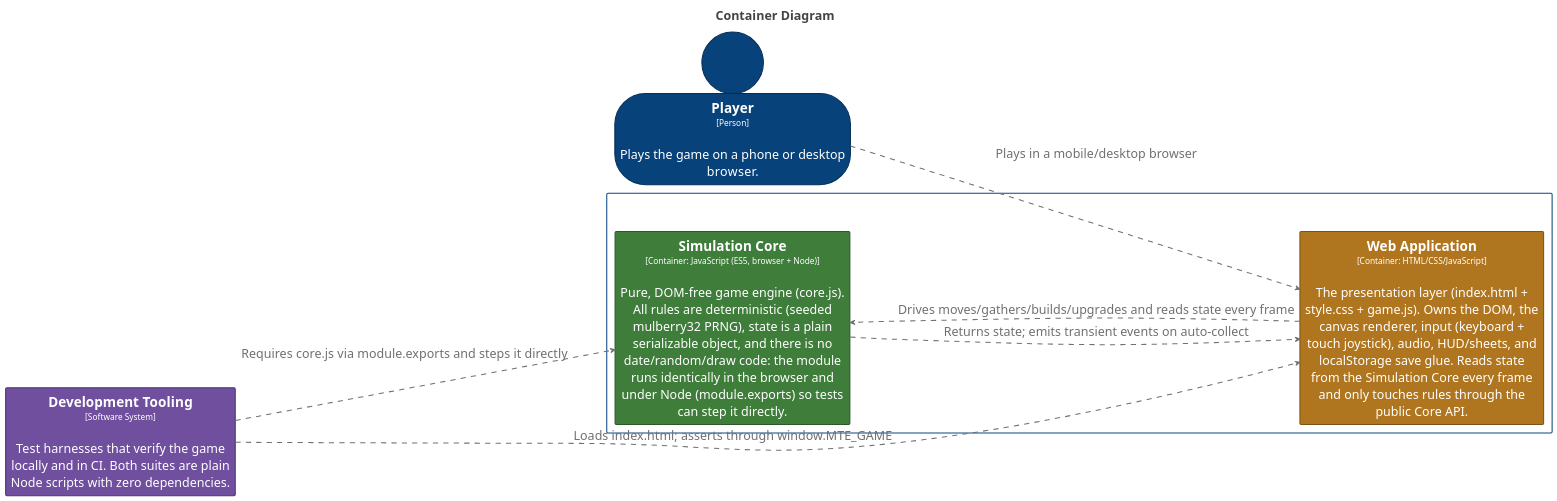
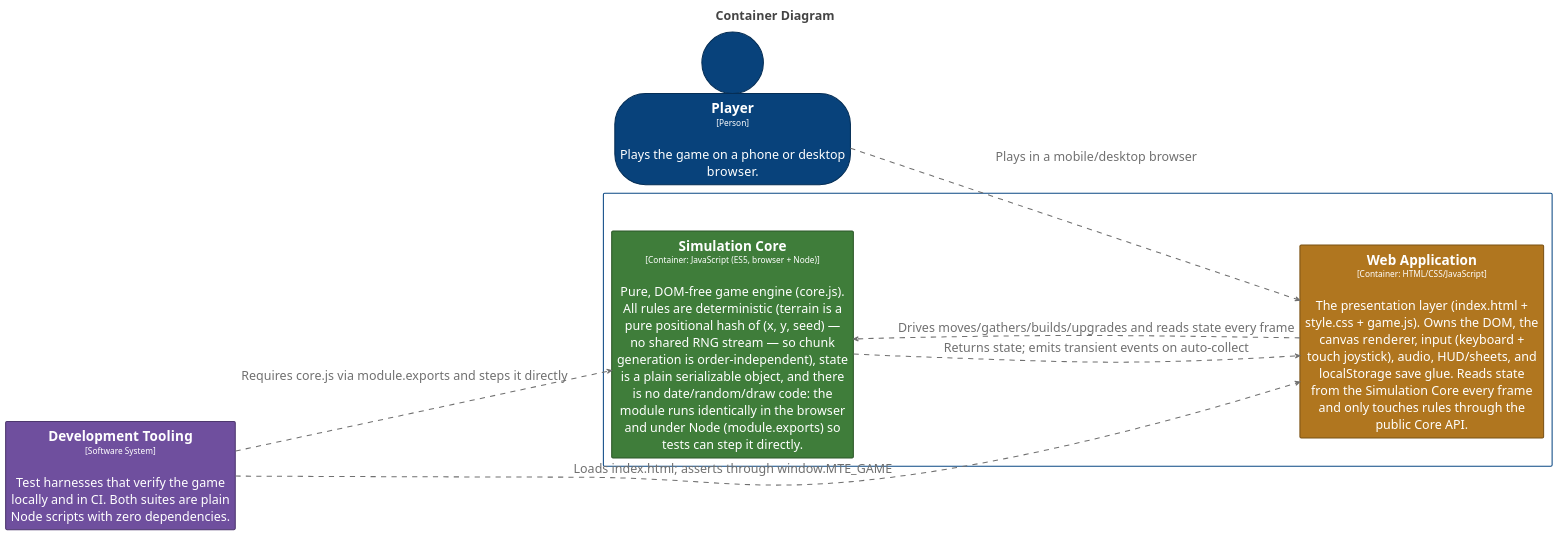
The diagram in structurizr/diagrams/Containers.puml (bitkojine/more-than-enough), drawn with PlantUML before and after one commit. The commit also changed 20 other files, not shown here.

```diff
--- a/structurizr/diagrams/Containers.puml
+++ b/structurizr/diagrams/Containers.puml
@@ -2,99 +2,99 @@
 @startuml
 title <size:24>Container Diagram</size>
 
 set separator none
 left to right direction
 skinparam ranksep 20
 skinparam nodesep 5
 hide stereotype
 
 <style>
   root {
     BackgroundColor: #ffffff;
     FontColor: #444444;
   }
   // Element,Container,Core Engine
   .Element-RWxlbWVudCxDb250YWluZXIsQ29yZSBFbmdpbmU= {
     BackgroundColor: #3f7d3a;
     LineColor: #2c5728;
     LineStyle: 0;
     LineThickness: 2;
     FontColor: #ffffff;
     FontSize: 24;
     HorizontalAlignment: center;
     Shadowing: 0;
     MaximumWidth: 450;
   }
   // Element,Container,Presentation
   .Element-RWxlbWVudCxDb250YWluZXIsUHJlc2VudGF0aW9u {
     BackgroundColor: #b0761f;
     LineColor: #7b5215;
     LineStyle: 0;
     LineThickness: 2;
     FontColor: #ffffff;
     FontSize: 24;
     HorizontalAlignment: center;
     Shadowing: 0;
     MaximumWidth: 450;
   }
   // Element,Person
   .Element-RWxlbWVudCxQZXJzb24= {
     BackgroundColor: #08427b;
     LineColor: #052e56;
     LineStyle: 0;
     LineThickness: 2;
     FontColor: #ffffff;
     FontSize: 24;
     HorizontalAlignment: center;
     Shadowing: 0;
     MaximumWidth: 450;
   }
   // Element,Software System,Tooling
   .Element-RWxlbWVudCxTb2Z0d2FyZSBTeXN0ZW0sVG9vbGluZw== {
     BackgroundColor: #6f4f9e;
     LineColor: #4d376e;
     LineStyle: 0;
     LineThickness: 2;
     FontColor: #ffffff;
     FontSize: 24;
     HorizontalAlignment: center;
     Shadowing: 0;
     MaximumWidth: 450;
   }
   // Relationship
   .Relationship-UmVsYXRpb25zaGlw {
     LineThickness: 2;
     LineStyle: 10-10;
     LineColor: #707070;
     FontColor: #707070;
     FontSize: 24;
     MaximumWidth: 200;
   }
   // MORE THAN ENOUGH
   .Boundary-TU9SRSBUSEFOIEVOT1VHSA== {
     BackgroundColor: #ffffff;
     LineColor: #0b4884;
     LineStyle: 0;
     LineThickness: 2;
     FontColor: #ffffff;
     FontSize: 24;
     HorizontalAlignment: center;
     Shadowing: 0;
   }
 </style>
 
 person "==Player\n<size:16>[Person]</size>\n\nPlays the game on a phone or desktop browser." <<Element-RWxlbWVudCxQZXJzb24=>> as Player
 rectangle "==Development Tooling\n<size:16>[Software System]</size>\n\nTest harnesses that verify the game locally and in CI. Both suites are plain Node scripts with zero dependencies." <<Element-RWxlbWVudCxTb2Z0d2FyZSBTeXN0ZW0sVG9vbGluZw==>> as DevelopmentTooling
 
 rectangle "MORE THAN ENOUGH\n<size:16>[Software System]</size>" <<Boundary-TU9SRSBUSEFOIEVOT1VHSA==>> {
-  rectangle "==Simulation Core\n<size:16>[Container: JavaScript (ES5, browser + Node)]</size>\n\nPure, DOM-free game engine (core.js). All rules are deterministic (seeded mulberry32 PRNG), state is a plain serializable object, and there is no date/random/draw code: the module runs identically in the browser and under Node (module.exports) so tests can step it directly." <<Element-RWxlbWVudCxDb250YWluZXIsQ29yZSBFbmdpbmU=>> as MORETHANENOUGH.SimulationCore
+  rectangle "==Simulation Core\n<size:16>[Container: JavaScript (ES5, browser + Node)]</size>\n\nPure, DOM-free game engine (core.js). All rules are deterministic (terrain is a pure positional hash of (x, y, seed) — no shared RNG stream — so chunk generation is order-independent), state is a plain serializable object, and there is no date/random/draw code: the module runs identically in the browser and under Node (module.exports) so tests can step it directly." <<Element-RWxlbWVudCxDb250YWluZXIsQ29yZSBFbmdpbmU=>> as MORETHANENOUGH.SimulationCore
   rectangle "==Web Application\n<size:16>[Container: HTML/CSS/JavaScript]</size>\n\nThe presentation layer (index.html + style.css + game.js). Owns the DOM, the canvas renderer, input (keyboard + touch joystick), audio, HUD/sheets, and localStorage save glue. Reads state from the Simulation Core every frame and only touches rules through the public Core API." <<Element-RWxlbWVudCxDb250YWluZXIsUHJlc2VudGF0aW9u>> as MORETHANENOUGH.WebApplication
 }
 
 Player --> MORETHANENOUGH.WebApplication <<Relationship-UmVsYXRpb25zaGlw>> : "Plays in a mobile/desktop browser"
 MORETHANENOUGH.WebApplication --> MORETHANENOUGH.SimulationCore <<Relationship-UmVsYXRpb25zaGlw>> : "Drives moves/gathers/builds/upgrades and reads state every frame"
 MORETHANENOUGH.SimulationCore --> MORETHANENOUGH.WebApplication <<Relationship-UmVsYXRpb25zaGlw>> : "Returns state; emits transient events on auto-collect"
 DevelopmentTooling --> MORETHANENOUGH.SimulationCore <<Relationship-UmVsYXRpb25zaGlw>> : "Requires core.js via module.exports and steps it directly"
 DevelopmentTooling --> MORETHANENOUGH.WebApplication <<Relationship-UmVsYXRpb25zaGlw>> : "Loads index.html; asserts through window.MTE_GAME"
 
 @enduml
```
